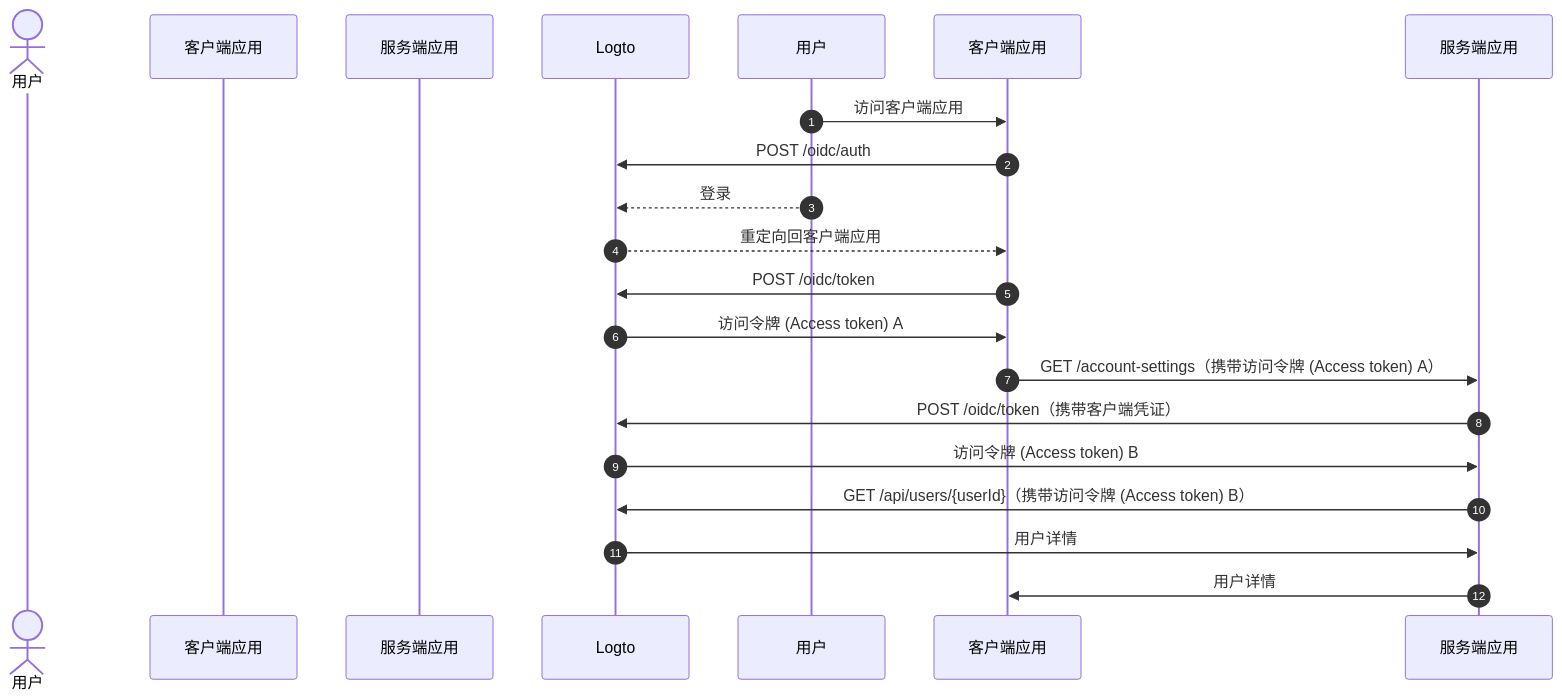
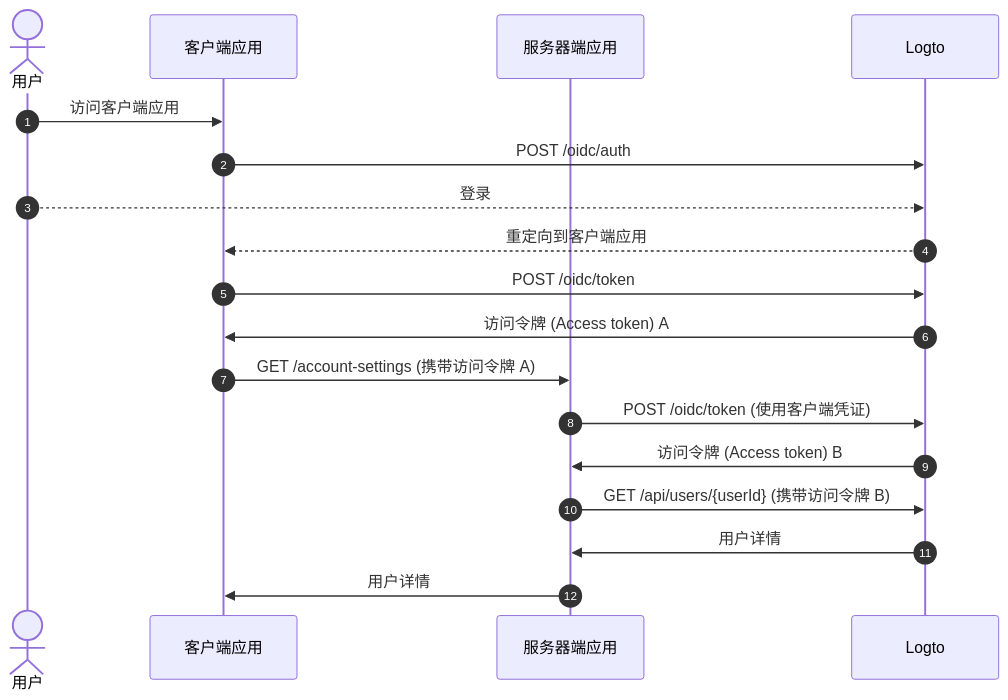
One commit to logto-io/docs changed the second of 3 diagrams in i18n/zh-CN/docusaurus-plugin-content-docs/current/end-user-flows/account-settings/by-management-api.mdx. Above: the diagram before and after it, drawn with Mermaid. The commit also changed other lines of this file and 102 other files, not shown here.

````diff
--- a/i18n/zh-CN/docusaurus-plugin-content-docs/current/end-user-flows/account-settings/by-management-api.mdx
+++ b/i18n/zh-CN/docusaurus-plugin-content-docs/current/end-user-flows/account-settings/by-management-api.mdx
@@ -27,21 +27,21 @@
 ```mermaid
   sequenceDiagram
     autonumber
     actor User as 用户
     participant Client as 客户端应用
-    participant Server as 服务端应用
+    participant Server as 服务器端应用
     participant Logto as Logto
 
-    用户 ->> 客户端应用: 访问客户端应用
-    客户端应用 ->> Logto: POST /oidc/auth
-    用户 -->> Logto: 登录
-    Logto -->> 客户端应用: 重定向回客户端应用
-    客户端应用 ->> Logto: POST /oidc/token
-    Logto ->> 客户端应用: 访问令牌 (Access token) A
-    客户端应用 ->> 服务端应用: GET /account-settings（携带访问令牌 (Access token) A）
-    服务端应用 ->> Logto: POST /oidc/token（携带客户端凭证）
-    Logto ->> 服务端应用: 访问令牌 (Access token) B
-    服务端应用 ->> Logto: GET /api/users/{userId}（携带访问令牌 (Access token) B）
-    Logto ->> 服务端应用: 用户详情
-    服务端应用 ->> 客户端应用: 用户详情
+    User ->> Client: 访问客户端应用
+    Client ->> Logto: POST /oidc/auth
+    User -->> Logto: 登录
+    Logto -->> Client: 重定向到客户端应用
+    Client ->> Logto: POST /oidc/token
+    Logto ->> Client: 访问令牌 (Access token) A
+    Client ->> Server: GET /account-settings (携带访问令牌 A)
+    Server ->> Logto: POST /oidc/token (使用客户端凭证)
+    Logto ->> Server: 访问令牌 (Access token) B
+    Server ->> Logto: GET /api/users/{userId} (携带访问令牌 B)
+    Logto ->> Server: 用户详情
+    Server ->> Client: 用户详情
 ```
````
